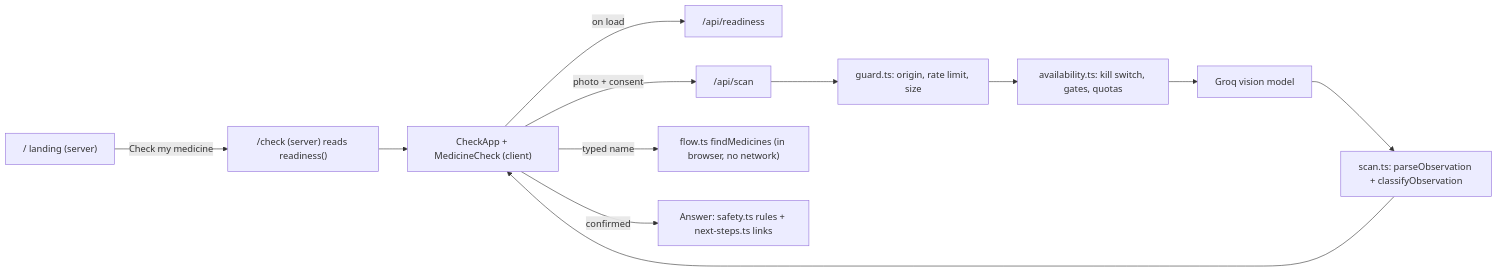
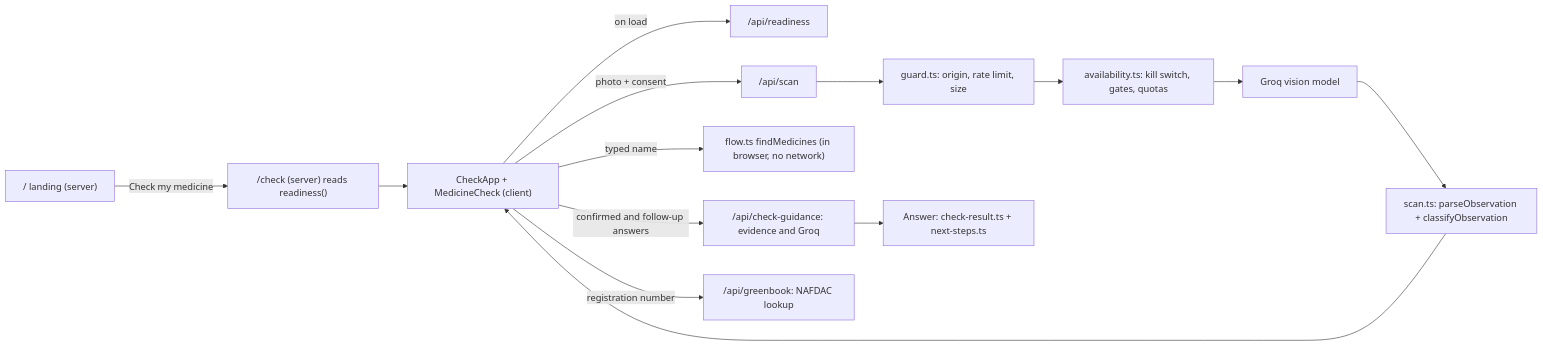
Before and after one commit to Victorsano/resistguard: the first of 2 diagrams in docs/ARCHITECTURE.md, drawn with Mermaid. The commit also changed other lines of this file and 13 other files, not shown here.

````diff
--- a/docs/ARCHITECTURE.md
+++ b/docs/ARCHITECTURE.md
@@ -21,14 +21,16 @@
 ```mermaid
 flowchart LR
   L["/ landing (server)"] -->|Check my medicine| C["/check (server) reads readiness()"]
   C --> APP["CheckApp + MedicineCheck (client)"]
   APP -->|on load| R["/api/readiness"]
   APP -->|photo + consent| S["/api/scan"]
   S --> G["guard.ts: origin, rate limit, size"]
   G --> A["availability.ts: kill switch, gates, quotas"]
   A --> Q["Groq vision model"]
   Q --> V["scan.ts: parseObservation + classifyObservation"]
   V --> APP
   APP -->|typed name| F["flow.ts findMedicines (in browser, no network)"]
-  APP -->|confirmed| ANS["Answer: safety.ts rules + next-steps.ts links"]
+  APP -->|confirmed and follow-up answers| CG["/api/check-guidance: evidence and Groq"]
+  CG --> ANS["Answer: check-result.ts + next-steps.ts"]
+  APP -->|registration number| GB["/api/greenbook: NAFDAC lookup"]
 ```
````
